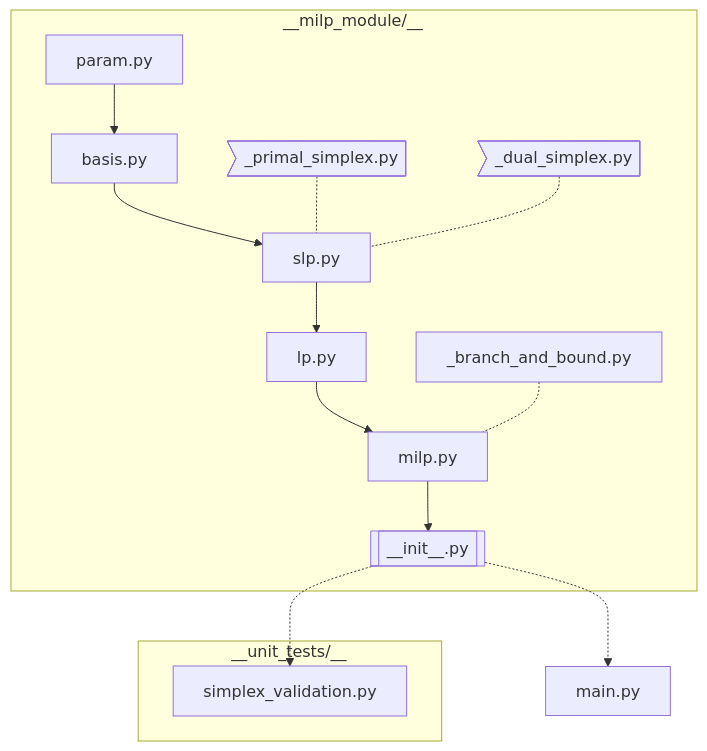
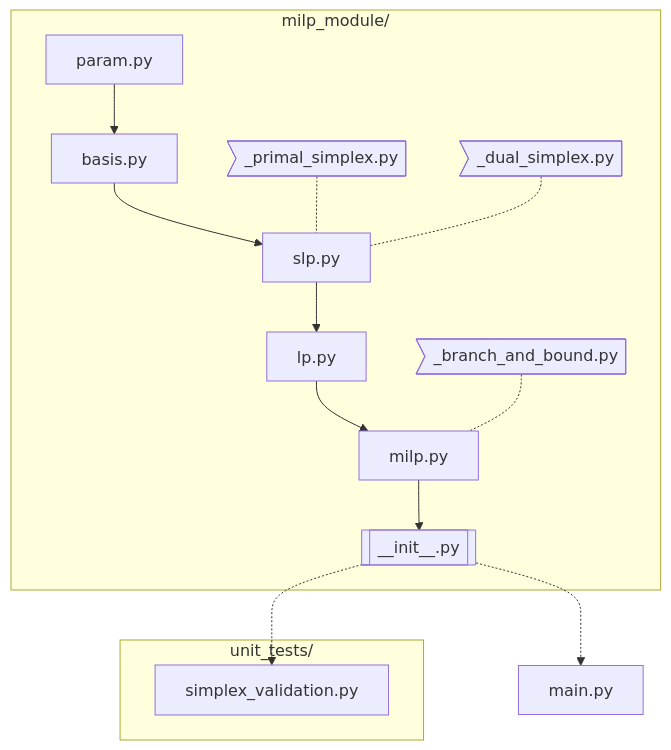
The first of 2 diagrams in README.md (JeanPousset/MILP_solver), drawn with Mermaid before and after one commit. The commit also changed other lines of this file and 1 other file, not shown here.

Commit message:
add documentation (hidden for now)

````diff
--- a/README.md
+++ b/README.md
@@ -7,25 +7,26 @@
 ```mermaid
 ---
 config:
   htmlLabels: false
 ---
 graph TD; 
-  subgraph __milp_module/__
+  subgraph milp_module/
     P[param.py] --> B[basis.py]
     PS>_primal_simplex.py]
     DS>_dual_simplex.py]
     B --> S[slp.py]
     PS -.- S
     DS -.- S
     S --> F[lp.py]
     F --> MILP[milp.py]
-    BB[_branch_and_bound.py] -.- MILP
+    BB>_branch_and_bound.py] -.- MILP
     MILP --> I[[__init__.py]]
     
   end
   I -.-> M[main.py]
-  subgraph __unit_tests/__
+  subgraph unit_tests/
     V[simplex_validation.py]
   end
   I -.-> V
+  
 ```
````
